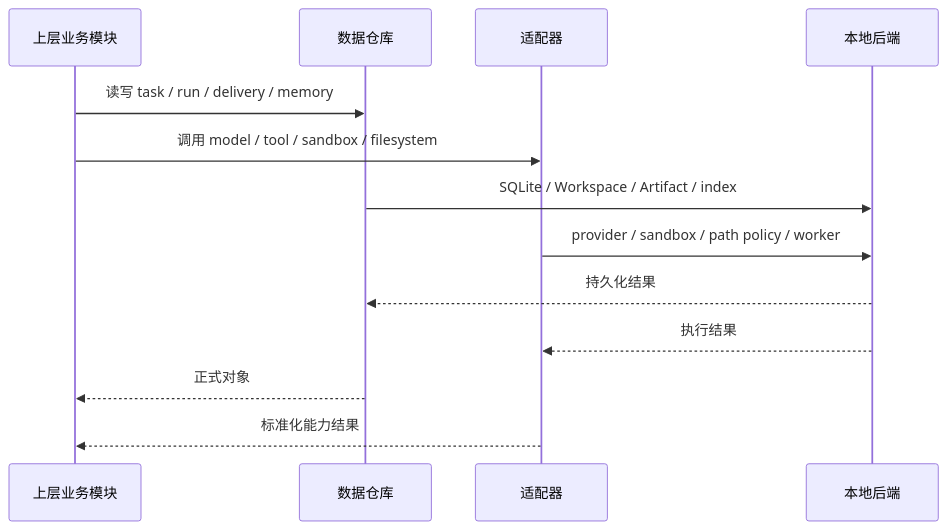
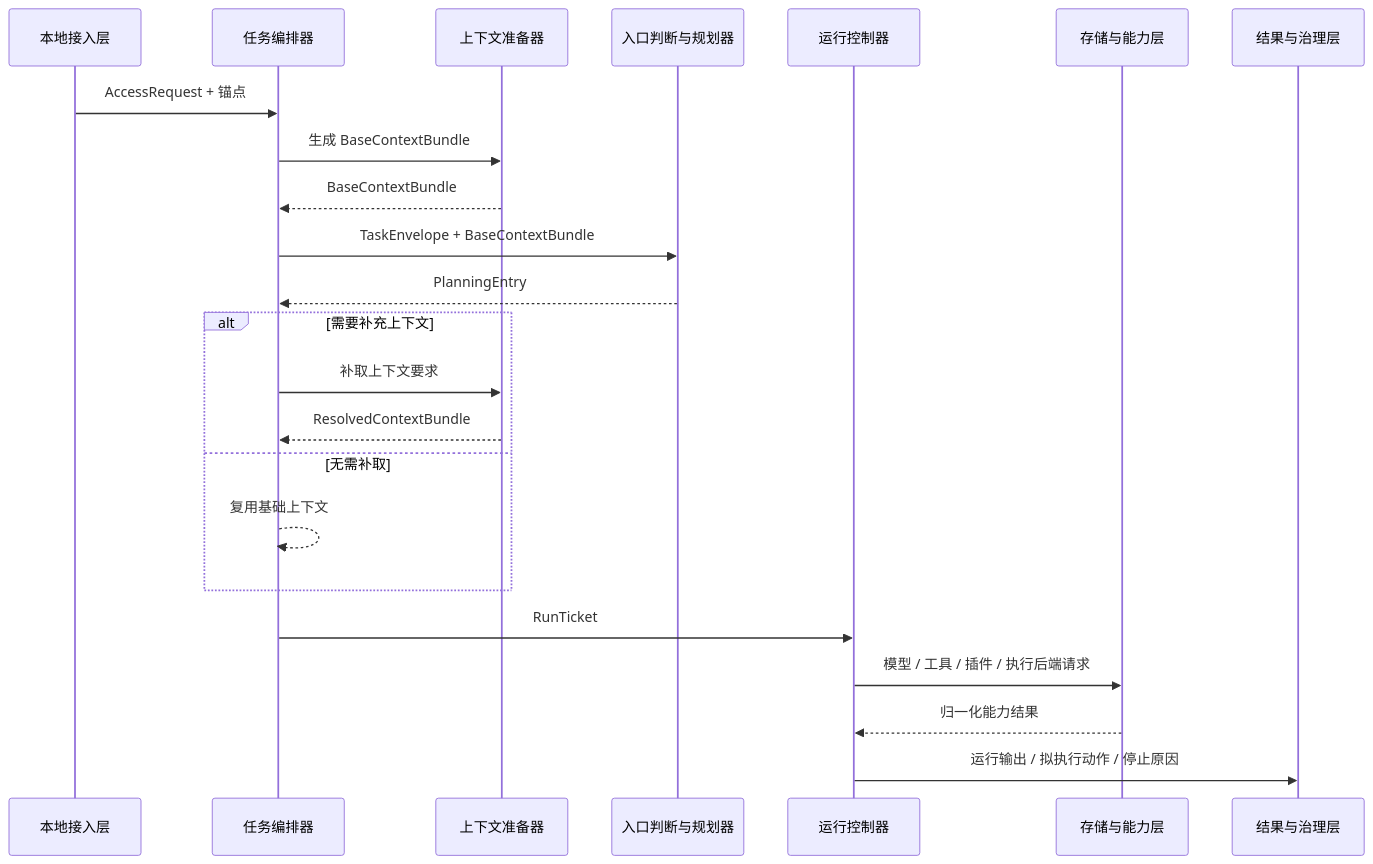
Before and after one commit to Blackcloudss/CialloClaw: diagram 11 of 20 in docs/architecture-overview.md, drawn with Mermaid. The commit also changed other lines of this file, not shown here.

Commit message:
Update architecture design document

````diff
--- a/docs/architecture-overview.md
+++ b/docs/architecture-overview.md
@@ -636,16 +693,26 @@
 ```mermaid
 sequenceDiagram
-    participant BIZ as 上层业务模块
-    participant REPO as 数据仓库
-    participant ADP as 适配器
-    participant DATA as 本地后端
+    participant ACCESS as 本地接入层
+    participant ORCH as 任务编排器
+    participant CTX as 上下文准备器
+    participant PLAN as 入口判断与规划器
+    participant RUN as 运行控制器
+    participant CAP as 存储与能力层
+    participant GOV as 结果与治理层
 
-    BIZ->>REPO: 读写 task / run / delivery / memory
-    BIZ->>ADP: 调用 model / tool / sandbox / filesystem
-    REPO->>DATA: SQLite / Workspace / Artifact / index
-    ADP->>DATA: provider / sandbox / path policy / worker
-    DATA-->>REPO: 持久化结果
-    DATA-->>ADP: 执行结果
-    REPO-->>BIZ: 正式对象
-    ADP-->>BIZ: 标准化能力结果
+    ACCESS->>ORCH: AccessRequest + 锚点
+    ORCH->>CTX: 生成 BaseContextBundle
+    CTX-->>ORCH: BaseContextBundle
+    ORCH->>PLAN: TaskEnvelope + BaseContextBundle
+    PLAN-->>ORCH: PlanningEntry
+    alt 需要补充上下文
+        ORCH->>CTX: 补取上下文要求
+        CTX-->>ORCH: ResolvedContextBundle
+    else 无需补取
+        ORCH-->>ORCH: 复用基础上下文
+    end
+    ORCH->>RUN: RunTicket
+    RUN->>CAP: 模型 / 工具 / 插件 / 执行后端请求
+    CAP-->>RUN: 归一化能力结果
+    RUN->>GOV: 运行输出 / 拟执行动作 / 停止原因
 ```
````
